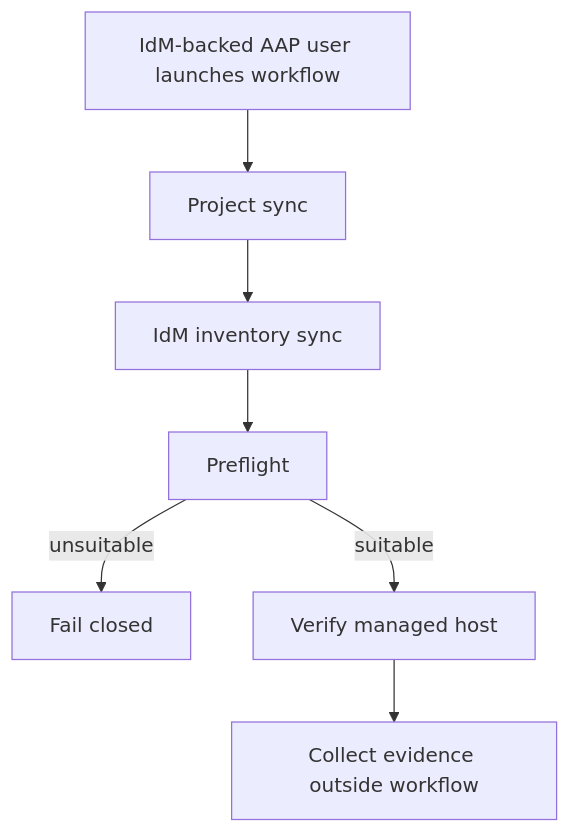
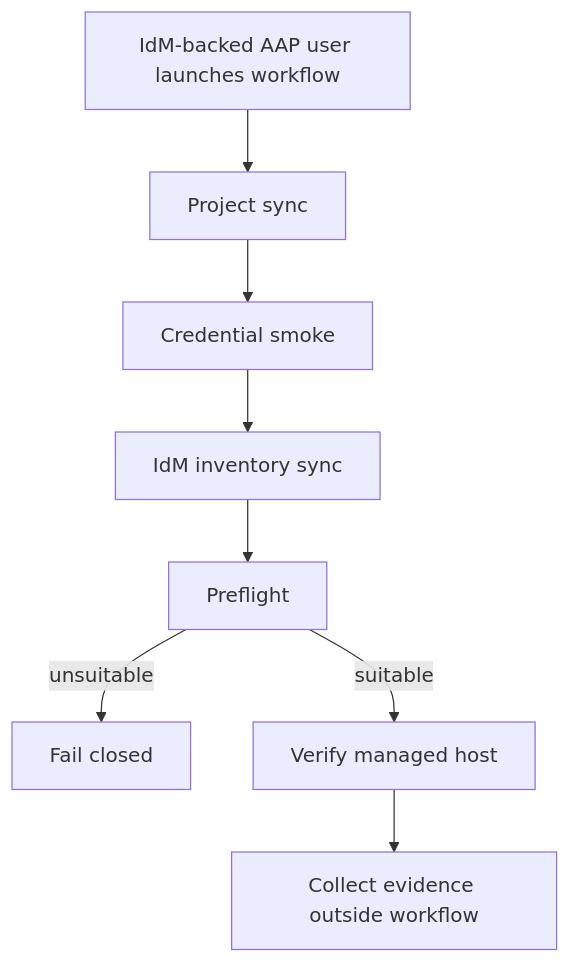
Before and after one commit to gprocunier/blastwall: the diagram in AAP-DEMO.md, drawn with Mermaid. The commit also changed other lines of this file and 37 other files, not shown here.

````diff
--- a/AAP-DEMO.md
+++ b/AAP-DEMO.md
@@ -116,13 +124,14 @@
 ```mermaid
 flowchart TD
   launch["IdM-backed AAP user launches workflow"]
   project["Project sync"]
+  credential["Credential smoke"]
   inventory["IdM inventory sync"]
   preflight["Preflight"]
   fail["Fail closed"]
   verify["Verify managed host"]
   evidence["Collect evidence outside workflow"]
-  launch --> project --> inventory --> preflight
+  launch --> project --> credential --> inventory --> preflight
   preflight -- unsuitable --> fail
   preflight -- suitable --> verify --> evidence
 ```
````
